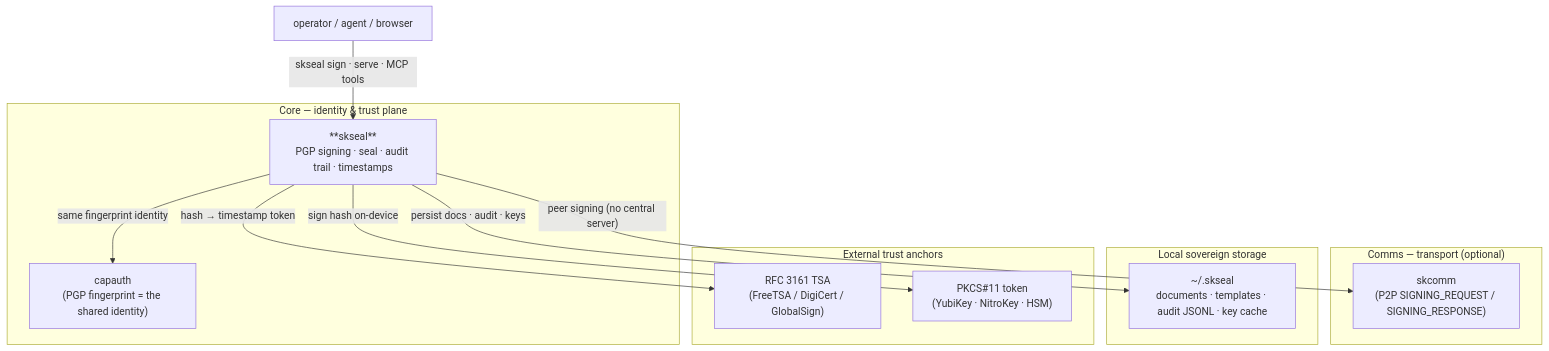
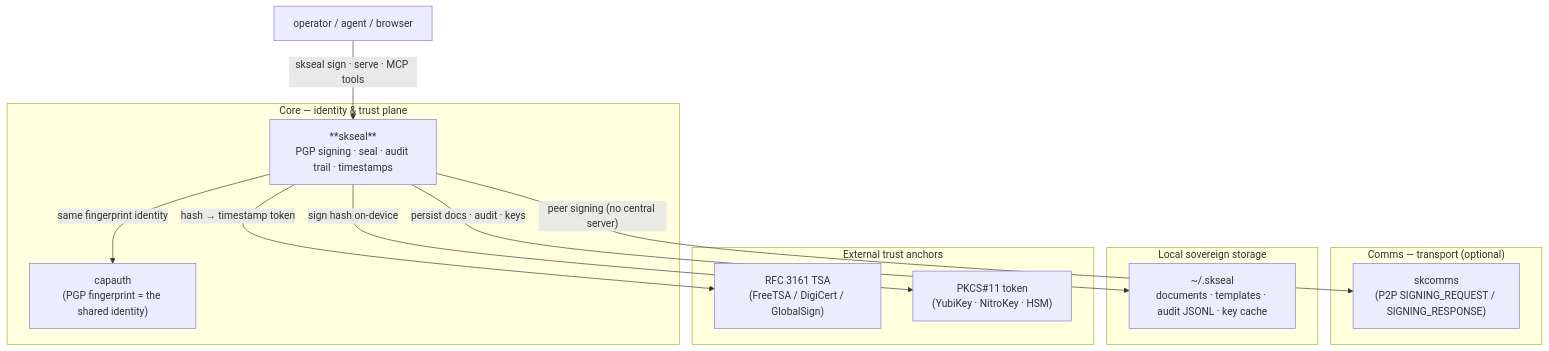
The second of 3 diagrams in README.md (smilinTux/skseal), drawn with Mermaid before and after one commit. The commit also changed other lines of this file and 6 other files, not shown here.

Commit message:
refactor: skcomm→skcomms references

````diff
--- a/README.md
+++ b/README.md
@@ -118,28 +118,28 @@
 ```mermaid
 flowchart TD
     USER["operator / agent / browser"] -->|"skseal sign · serve · MCP tools"| SKSEAL
 
     subgraph CORE["Core — identity & trust plane"]
       SKSEAL["**skseal**<br/>PGP signing · seal · audit trail · timestamps"]
       CAPAUTH["capauth<br/>(PGP fingerprint = the shared identity)"]
     end
 
     subgraph COMMS["Comms — transport (optional)"]
-      SKCOMM["skcomm<br/>(P2P SIGNING_REQUEST / SIGNING_RESPONSE)"]
+      SKCOMMS["skcomms<br/>(P2P SIGNING_REQUEST / SIGNING_RESPONSE)"]
     end
 
     subgraph LOCAL["Local sovereign storage"]
       STORE["~/.skseal<br/>documents · templates · audit JSONL · key cache"]
     end
 
     subgraph EXTERNAL["External trust anchors"]
       TSA["RFC 3161 TSA<br/>(FreeTSA / DigiCert / GlobalSign)"]
       TOKEN["PKCS#11 token<br/>(YubiKey · NitroKey · HSM)"]
     end
 
     SKSEAL -->|"same fingerprint identity"| CAPAUTH
-    SKSEAL -->|"peer signing (no central server)"| SKCOMM
+    SKSEAL -->|"peer signing (no central server)"| SKCOMMS
     SKSEAL -->|"persist docs · audit · keys"| STORE
     SKSEAL -->|"hash → timestamp token"| TSA
     SKSEAL -->|"sign hash on-device"| TOKEN
 ```
````
